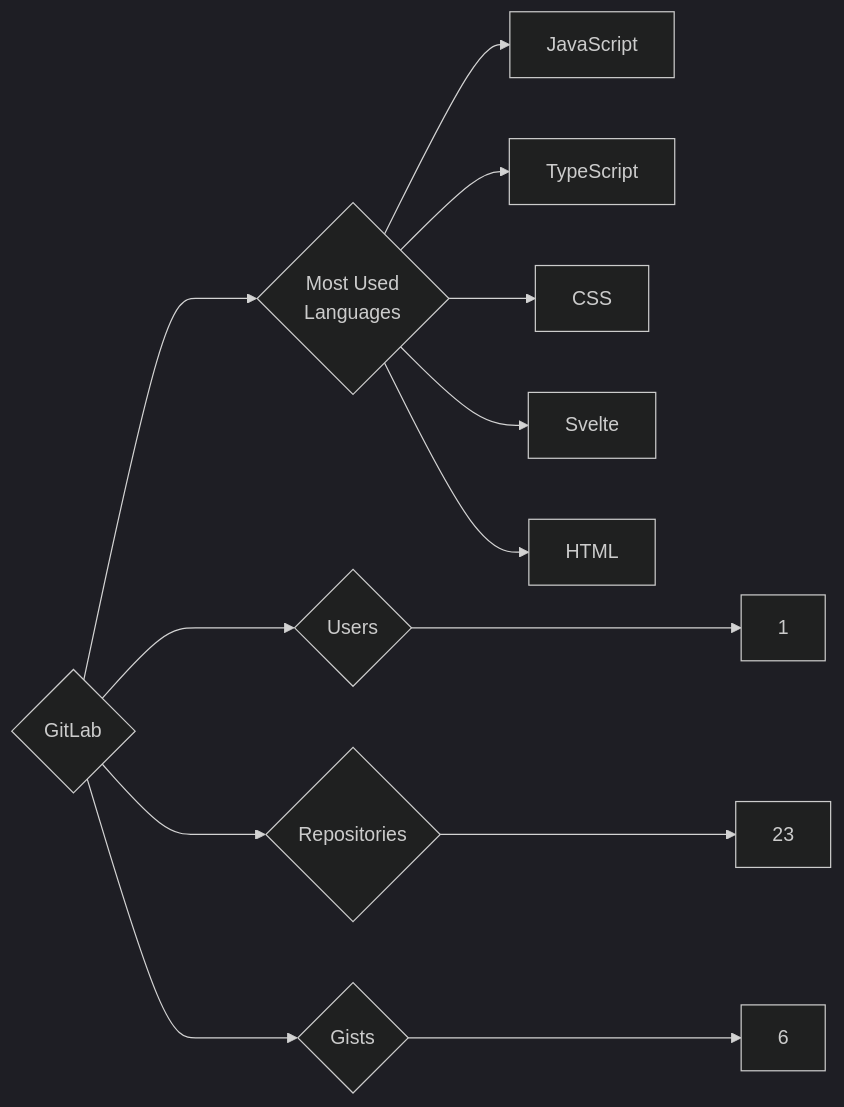
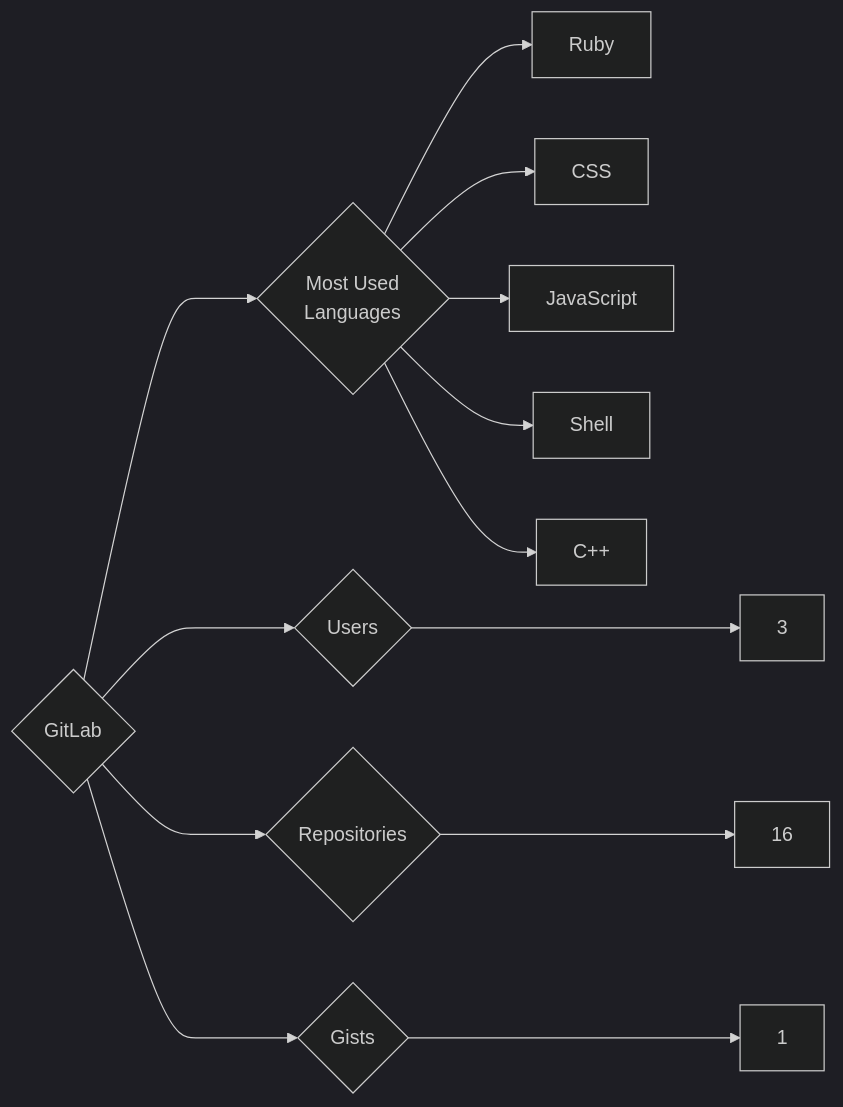
The diagram in targets/GitLab/README.md (trickest/insiders), drawn with Mermaid (dark theme) before and after one commit. The commit also changed 1003 other files, not shown here.

````diff
--- a/targets/GitLab/README.md
+++ b/targets/GitLab/README.md
@@ -3,13 +3,13 @@
 ```mermaid
 graph LR
 COMPANY_NAME{GitLab}
-COMPANY_NAME ---> U{Users} ---> UN[1]
-COMPANY_NAME ---> R{Repositories} ---> RN[23]
-COMPANY_NAME ---> G{Gists} ---> GN[6]
+COMPANY_NAME ---> U{Users} ---> UN[3]
+COMPANY_NAME ---> R{Repositories} ---> RN[16]
+COMPANY_NAME ---> G{Gists} ---> GN[1]
 COMPANY_NAME ---> ML{Most Used<br>Languages}
+ML --> Ruby[Ruby]
+ML --> CSS[CSS]
 ML --> JavaScript[JavaScript]
-ML --> TypeScript[TypeScript]
-ML --> CSS[CSS]
-ML --> Svelte[Svelte]
-ML --> HTML[HTML]
+ML --> Shell[Shell]
+ML --> C++[C++]
 ```
````
